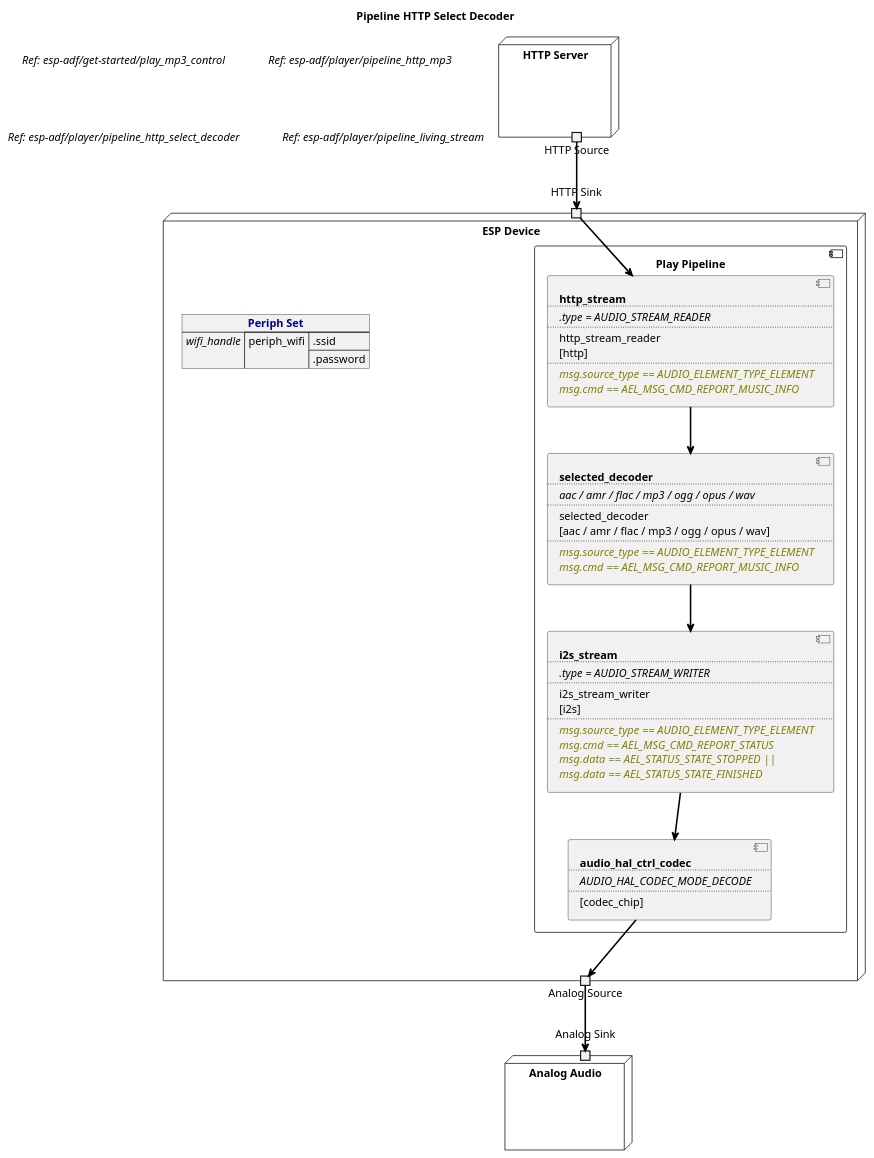
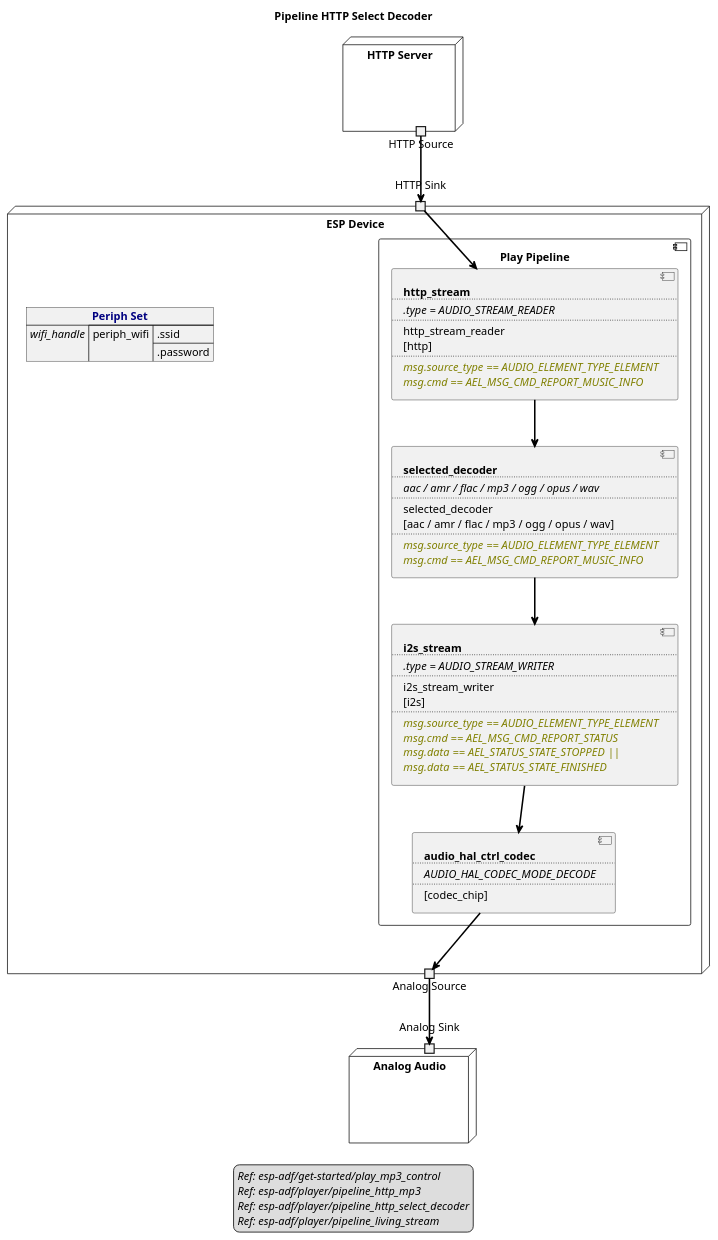
Before and after one commit to liang-zhu-zi/open-audio-adapter: the diagram in examples/esp-adf/player/pipeline_http_select_decoder/audio-stream-diagram.plantuml, drawn with PlantUML. The commit also changed 6 other files, not shown here.

Commit message:
add audio flow chart

```diff
--- a/examples/esp-adf/player/pipeline_http_select_decoder/audio-stream-diagram.plantuml
+++ b/examples/esp-adf/player/pipeline_http_select_decoder/audio-stream-diagram.plantuml
@@ -1,90 +1,92 @@
 @startuml pipeline_http_select_decoder
 title Pipeline HTTP Select Decoder
 allowmixing
 
-label "//Ref: esp-adf/get-started/play_mp3_control//"
-label "//Ref: esp-adf/player/pipeline_http_mp3//"
-label "//Ref: esp-adf/player/pipeline_http_select_decoder//"
-label "//Ref: esp-adf/player/pipeline_living_stream//"
+legend
+//Ref: esp-adf/get-started/play_mp3_control//
+//Ref: esp-adf/player/pipeline_http_mp3//
+//Ref: esp-adf/player/pipeline_http_select_decoder//
+//Ref: esp-adf/player/pipeline_living_stream//
+end legend
 
 node "HTTP Server" as HTTPServer  {
     portout "HTTP Source" as HTTPSource
 } 
 
 node "ESP Device" as ESPDevice  {
 
     json "<b><color navy>Periph Set" as periph_set {
         "<i>wifi_handle" : {
             "periph_wifi" : [".ssid", ".password"]
         }
     }
     
     portin "HTTP Sink" as HTTPSink
 
     component "Play Pipeline" as PlayPipeline {
 
         component HTTPStream [
             <b>http_stream
             ....
             <i>.type = AUDIO_STREAM_READER
             ....
             http_stream_reader
             [http]
             ....
             <i><color olive>msg.source_type == AUDIO_ELEMENT_TYPE_ELEMENT
             <i><color olive>msg.cmd == AEL_MSG_CMD_REPORT_MUSIC_INFO
         ]
 
         component SelectedDecoder [
             <b>selected_decoder
             ....
             <i>aac / amr / flac / mp3 / ogg / opus / wav
             ....
             selected_decoder
             [aac / amr / flac / mp3 / ogg / opus / wav]
             ....
             <i><color olive>msg.source_type == AUDIO_ELEMENT_TYPE_ELEMENT
             <i><color olive>msg.cmd == AEL_MSG_CMD_REPORT_MUSIC_INFO
         ]
 
         component I2SStream [
             <b>i2s_stream
             ....
             <i>.type = AUDIO_STREAM_WRITER
             ....
             i2s_stream_writer
             [i2s]
             ....
             <i><color olive>msg.source_type == AUDIO_ELEMENT_TYPE_ELEMENT
             <i><color olive>msg.cmd == AEL_MSG_CMD_REPORT_STATUS
             <i><color olive>msg.data == AEL_STATUS_STATE_STOPPED ||
             <i><color olive>msg.data == AEL_STATUS_STATE_FINISHED
         ]
 
         component HALCodec [
             <b>audio_hal_ctrl_codec
             ....
             <i>AUDIO_HAL_CODEC_MODE_DECODE
             ....
             [codec_chip]
         ]
     }
 
     portout "Analog Source" as AnalogSource
 } 
 
 node "Analog Audio" as AnalogAudio  {
     portin "Analog Sink" as AnalogSink
 }
 
 HTTPSource --> HTTPSink           #line:black;line.bold;text:black
 
 HTTPSink    --> HTTPStream        #line:black;line.bold;text:black
 HTTPStream  --> SelectedDecoder   #line:black;line.bold;text:black
 SelectedDecoder --> I2SStream     #line:black;line.bold;text:black
 I2SStream  --> HALCodec         #line:black;line.bold;text:black
 HALCodec   --> AnalogSource     #line:black;line.bold;text:black
 
 AnalogSource --> AnalogSink     #line:black;line.bold;text:black
 
 @enduml
```
